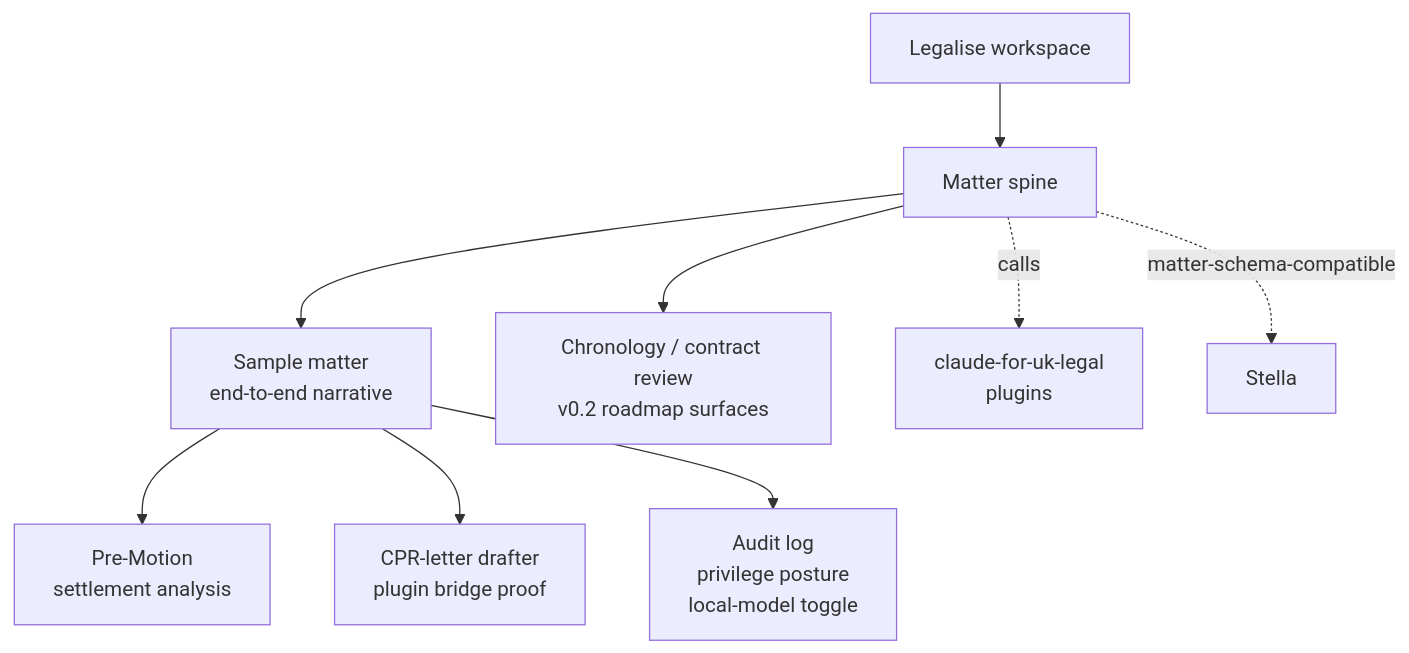
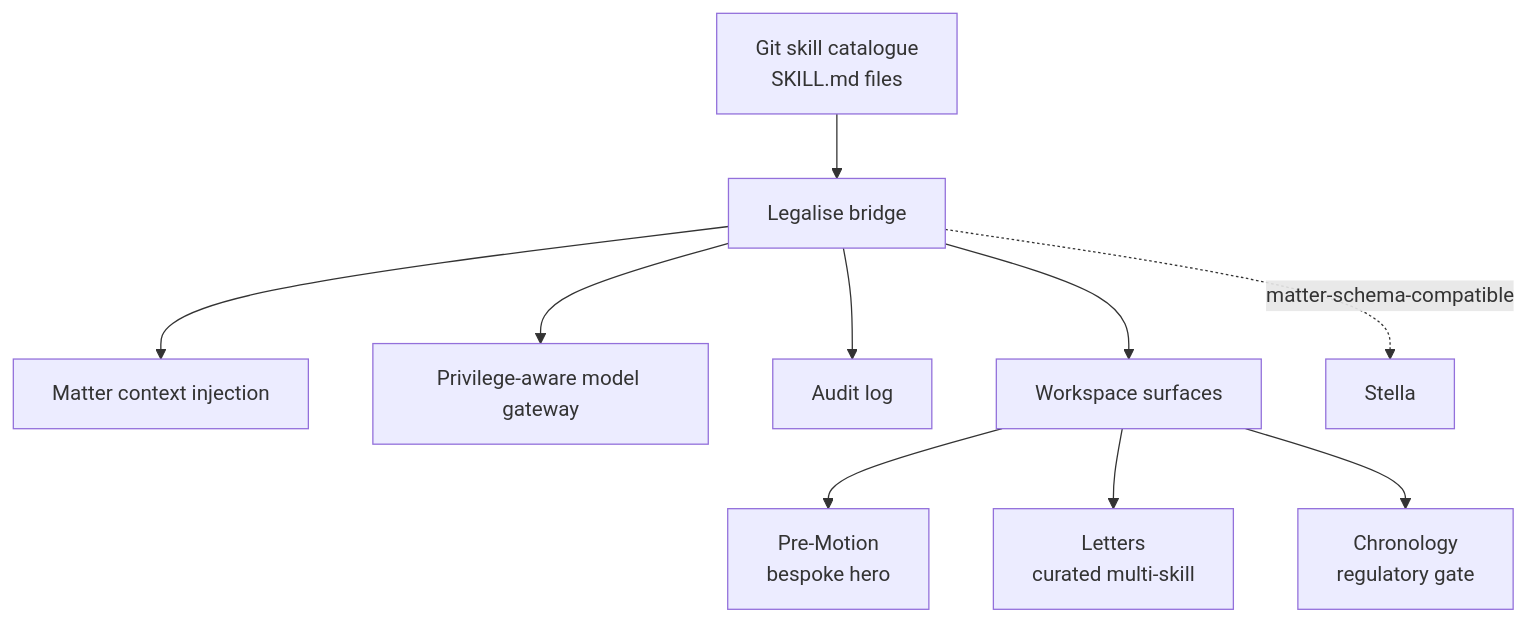
One commit to b1rdmania/legalise changed the first of 2 diagrams in README.md. Above: the diagram before and after it, drawn with Mermaid. The commit also changed other lines of this file and 12 other files, not shown here.

````diff
--- a/README.md
+++ b/README.md
@@ -13,12 +23,12 @@
 ```mermaid
 graph TD
-    A[Legalise workspace] --> B[Matter spine]
-    B --> C[Sample matter<br/>end-to-end narrative]
-    C --> D[Pre-Motion<br/>settlement analysis]
-    C --> E[CPR-letter drafter<br/>plugin bridge proof]
-    C --> F[Audit log<br/>privilege posture<br/>local-model toggle]
-    B --> G[Chronology / contract review<br/>v0.2 roadmap surfaces]
-
-    B -.calls.-> H[claude-for-uk-legal<br/>plugins]
-    B -.matter-schema-compatible.-> I[Stella]
+    A[Git skill catalogue<br/>SKILL.md files] --> B[Legalise bridge]
+    B --> C[Matter context injection]
+    B --> D[Privilege-aware model gateway]
+    B --> E[Audit log]
+    B --> F[Workspace surfaces]
+    F --> G[Pre-Motion<br/>bespoke hero]
+    F --> H[Letters<br/>curated multi-skill]
+    F --> I[Chronology<br/>regulatory gate]
+    B -.matter-schema-compatible.-> J[Stella]
 ```
````
